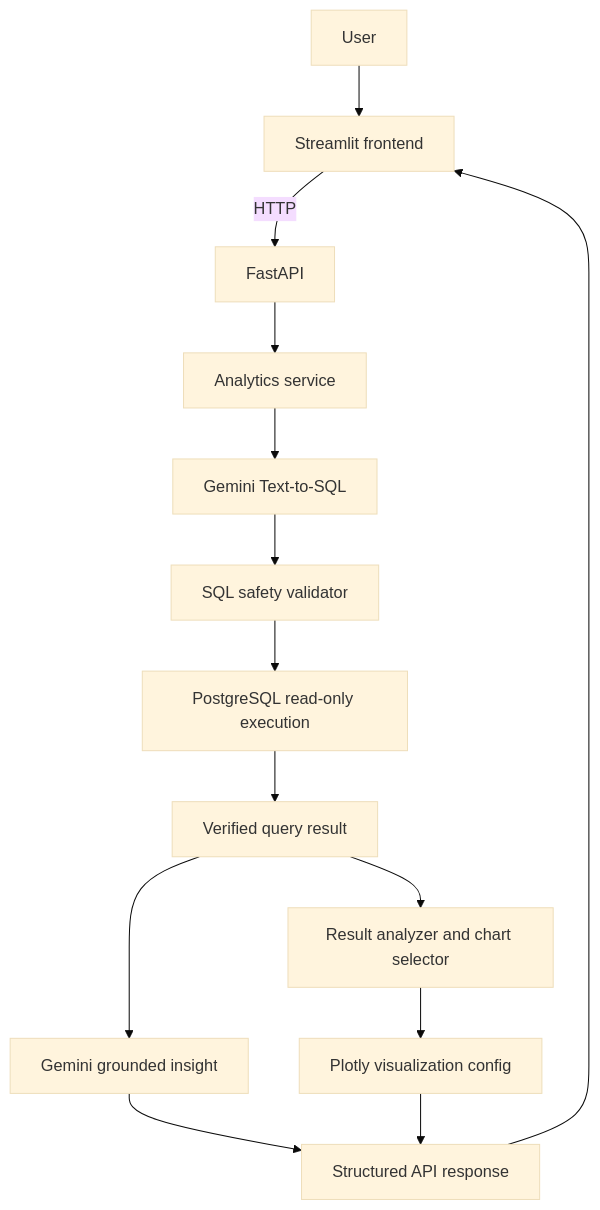
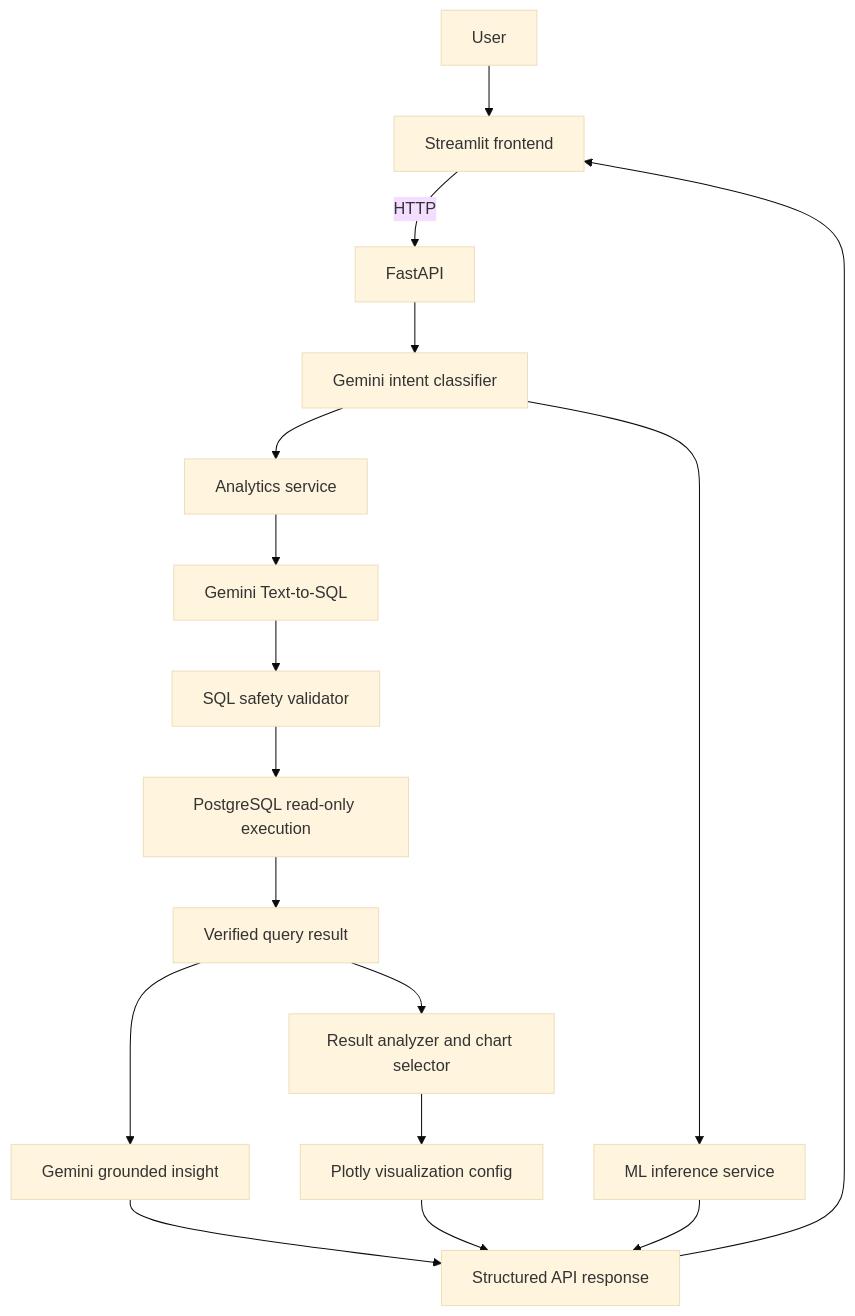
One commit to Pardhu156/Enterprise-AI-SQL-Analytics-Copilot changed the second of 7 diagrams in README.md. Above: the diagram before and after it, drawn with Mermaid (base theme). The commit also changed other lines of this file and 50 other files, not shown here.

````diff
--- a/README.md
+++ b/README.md
@@ -43,16 +49,19 @@
 ```mermaid
 flowchart TD
     U["User"] --> S["Streamlit frontend"]
     S -->|"HTTP"| API["FastAPI"]
-    API --> AS["Analytics service"]
+    API --> IR["Gemini intent classifier"]
+    IR --> AS["Analytics service"]
+    IR --> MS["ML inference service"]
     AS --> T["Gemini Text-to-SQL"]
     T --> V["SQL safety validator"]
     V --> DB["PostgreSQL read-only execution"]
     DB --> R["Verified query result"]
     R --> RA["Result analyzer and chart selector"]
     R --> GI["Gemini grounded insight"]
     RA --> P["Plotly visualization config"]
     GI --> O["Structured API response"]
     P --> O
+    MS --> O
     O --> S
 ```
````
